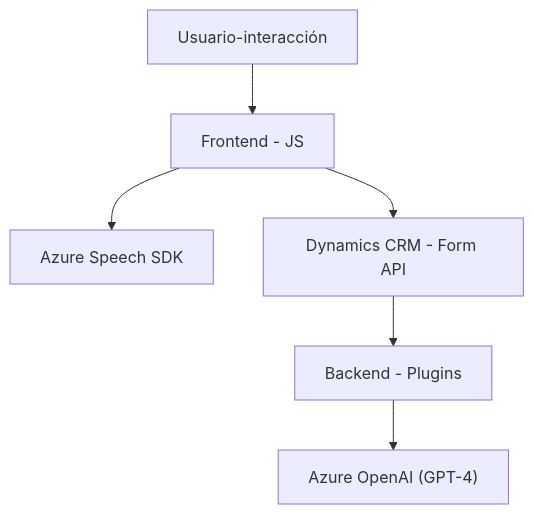
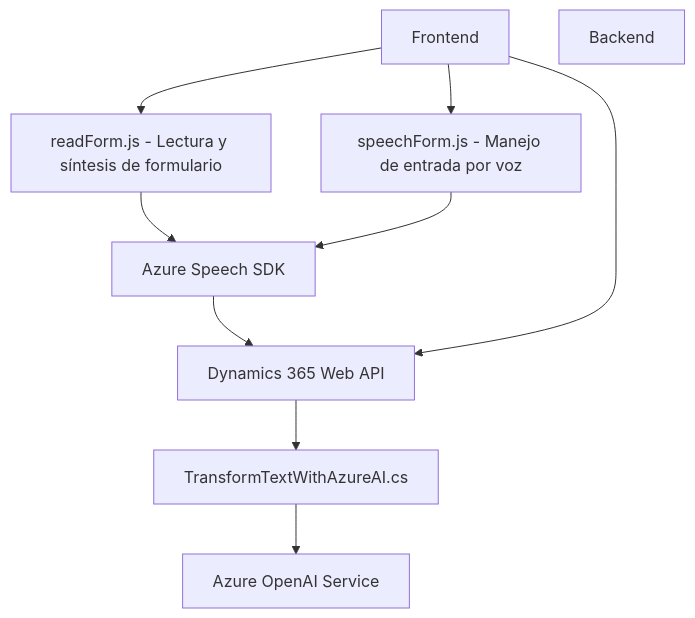
Before and after one commit to blopezdm/NETCORE_BILBAO2025: the diagram in README.md, drawn with Mermaid. The commit also changed other lines of this file, not shown here.

````diff
--- a/README.md
+++ b/README.md
@@ -37,15 +59,22 @@
 ```mermaid
 graph TD
-  A["Usuario-interacción"]
-  B["Frontend - JS"]
-  C["Azure Speech SDK"]
-  D["Dynamics CRM - Form API"]
-  E["Backend - Plugins"]
-  F["Azure OpenAI (GPT-4)"]
-  
-  A --> B
-  B --> C
-  B --> D
-  D --> E
-  E --> F
+    A["Frontend"]
+    A1["readForm.js - Lectura y síntesis de formulario"]
+    A2["speechForm.js - Manejo de entrada por voz"]
+    B["Azure Speech SDK"]
+    C["Dynamics 365 Web API"]
+
+    D["Backend"]
+    D1["TransformTextWithAzureAI.cs"]
+    D2["Azure OpenAI Service"]
+
+    A --> A1
+    A --> A2
+    A1 --> B
+    A2 --> B
+    B --> C
+    A --> C
+
+    C --> D1
+    D1 --> D2
 ```
````
